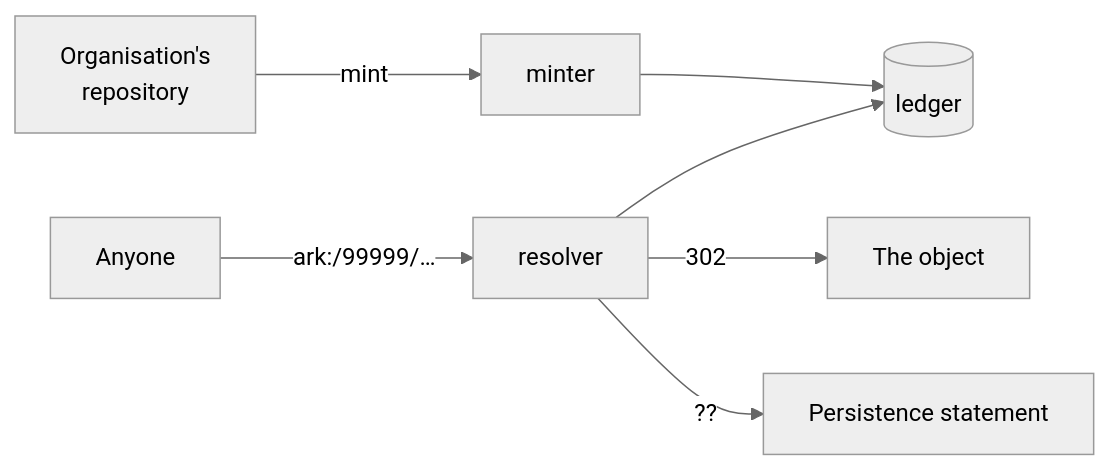
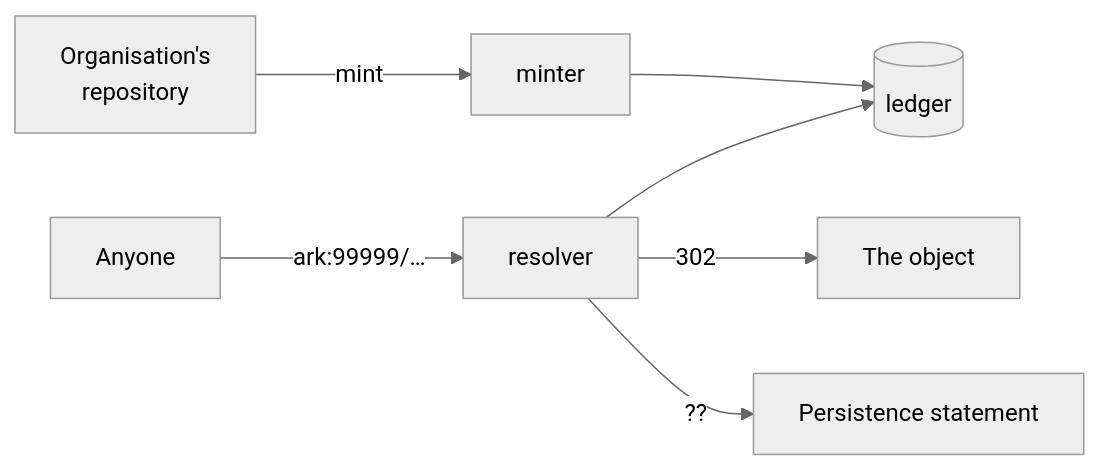
One commit to RCOSDP/arkhe changed the diagram in docs/index.md. Above: the diagram before and after it, drawn with Mermaid (neutral theme). The commit also changed 75 other files, not shown here.

````diff
--- a/docs/index.md
+++ b/docs/index.md
@@ -6,9 +6,9 @@
 ```mermaid
 flowchart LR
     R["Organisation's<br/>repository"] -->|mint| M[minter]
-    U[Anyone] -->|ark:/99999/…| S[resolver]
+    U[Anyone] -->|ark:99999/…| S[resolver]
     M --> D[(ledger)]
     S --> D
     S -->|302| T[The object]
     S -->|"?? "| P[Persistence statement]
 ```
````
